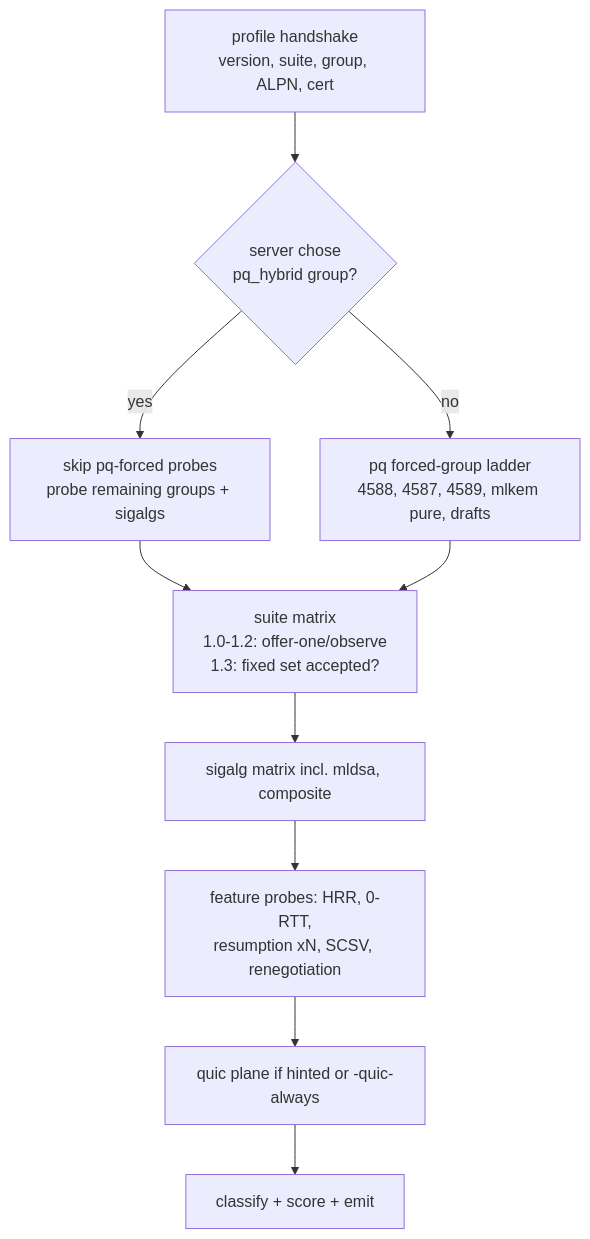
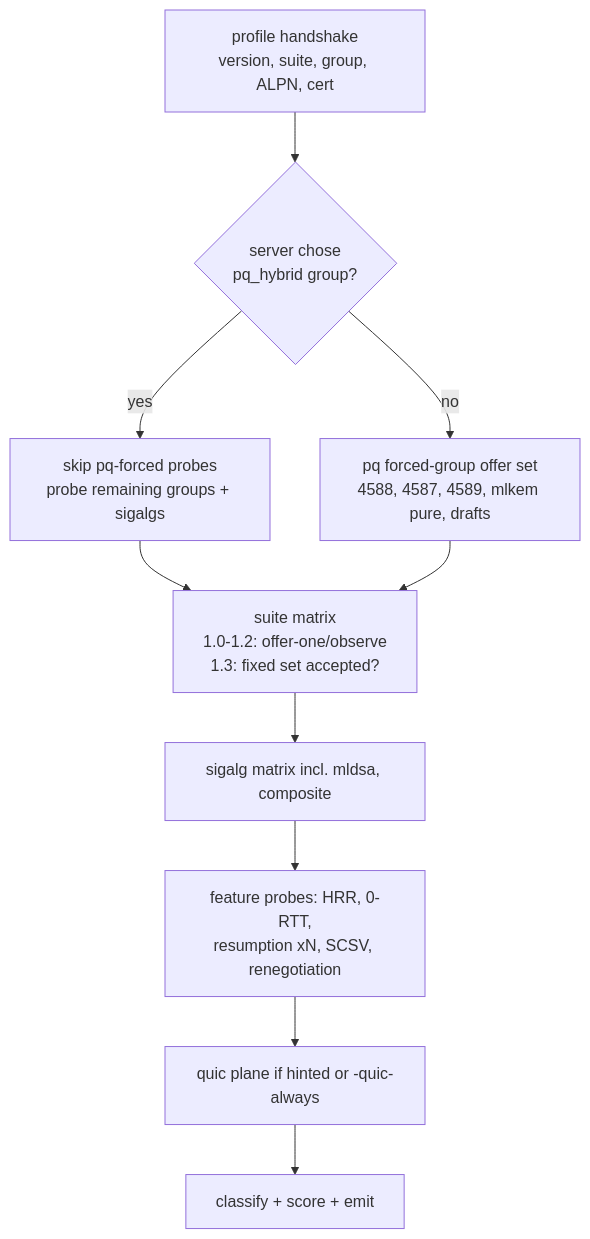
The fourth of 4 diagrams in docs/spec.md (shsingh/pqscan), drawn with Mermaid before and after one commit. The commit also changed other lines of this file and 5 other files, not shown here.

````diff
--- a/docs/spec.md
+++ b/docs/spec.md
@@ -392,12 +454,12 @@
 ```mermaid
 flowchart TD
   P[profile handshake<br/>version, suite, group, ALPN, cert] --> Q{server chose<br/>pq_hybrid group?}
   Q -- yes --> R1[skip pq-forced probes<br/>probe remaining groups + sigalgs]
-  Q -- no --> R2[pq forced-group ladder<br/>4588, 4587, 4589, mlkem pure, drafts]
+  Q -- no --> R2[pq forced-group offer set<br/>4588, 4587, 4589, mlkem pure, drafts]
   R1 --> S[suite matrix<br/>1.0-1.2: offer-one/observe<br/>1.3: fixed set accepted?]
   R2 --> S
   S --> T[sigalg matrix incl. mldsa, composite]
   T --> U[feature probes: HRR, 0-RTT,<br/>resumption xN, SCSV, renegotiation]
   U --> V[quic plane if hinted or -quic-always]
   V --> W[classify + score + emit]
 ```
````
